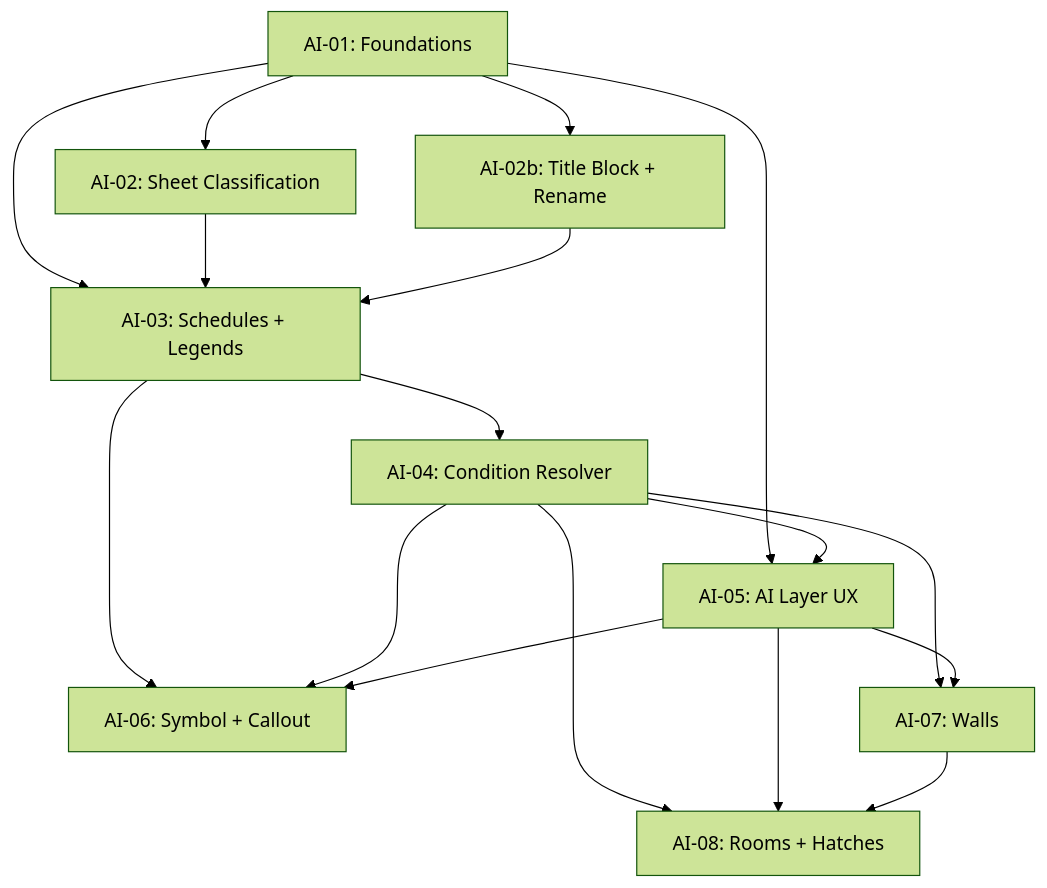
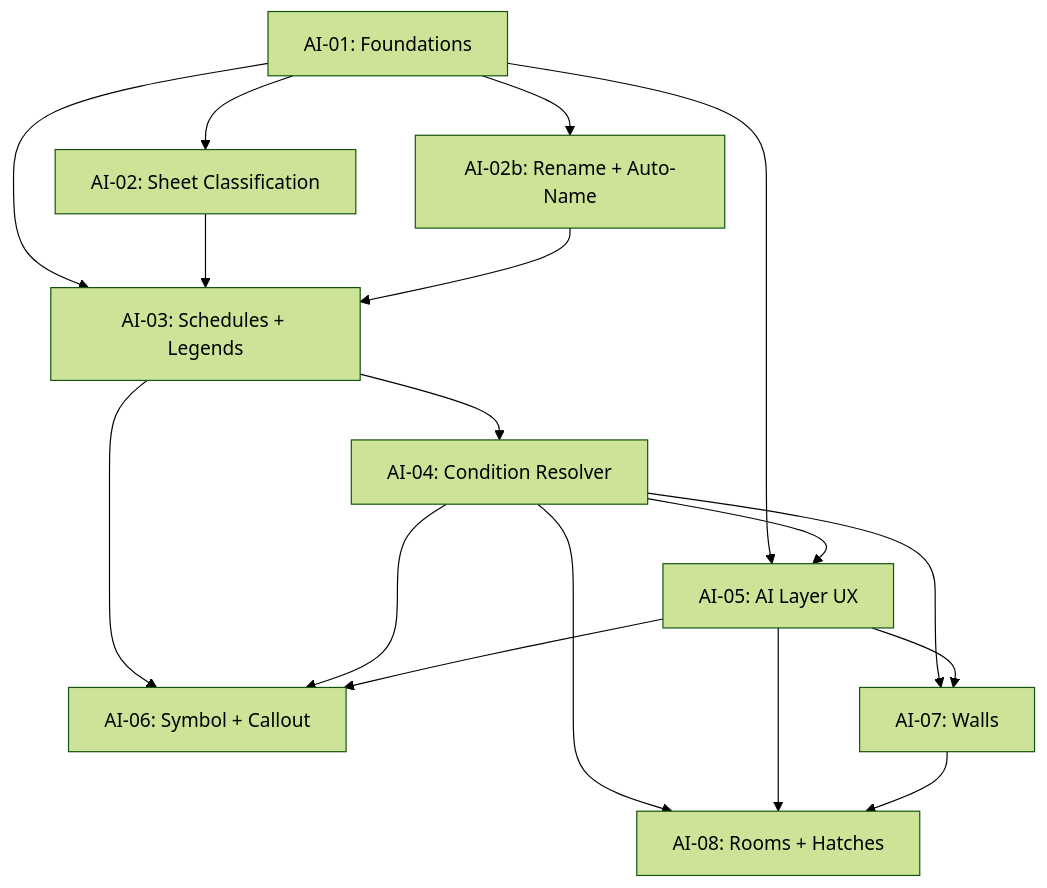
The second of 2 diagrams in sprints/ai/roadmap.md (Durer-I/contruo), drawn with Mermaid (forest theme) before and after one commit. The commit also changed other lines of this file and 46 other files, not shown here.

````diff
--- a/sprints/ai/roadmap.md
+++ b/sprints/ai/roadmap.md
@@ -67,19 +69,19 @@
 ```mermaid
 graph TD
     AI01[AI-01: Foundations] --> AI02[AI-02: Sheet Classification]
-    AI01 --> AI02b[AI-02b: Title Block + Rename]
+    AI01 --> AI02b[AI-02b: Rename + Auto-Name]
     AI01 --> AI03[AI-03: Schedules + Legends]
     AI02 --> AI03
     AI02b --> AI03
     AI03 --> AI04[AI-04: Condition Resolver]
     AI01 --> AI05[AI-05: AI Layer UX]
     AI04 --> AI05
     AI03 --> AI06[AI-06: Symbol + Callout]
     AI04 --> AI06
     AI05 --> AI06
     AI04 --> AI07[AI-07: Walls]
     AI05 --> AI07
     AI04 --> AI08[AI-08: Rooms + Hatches]
     AI05 --> AI08
     AI07 --> AI08
 ```
````
